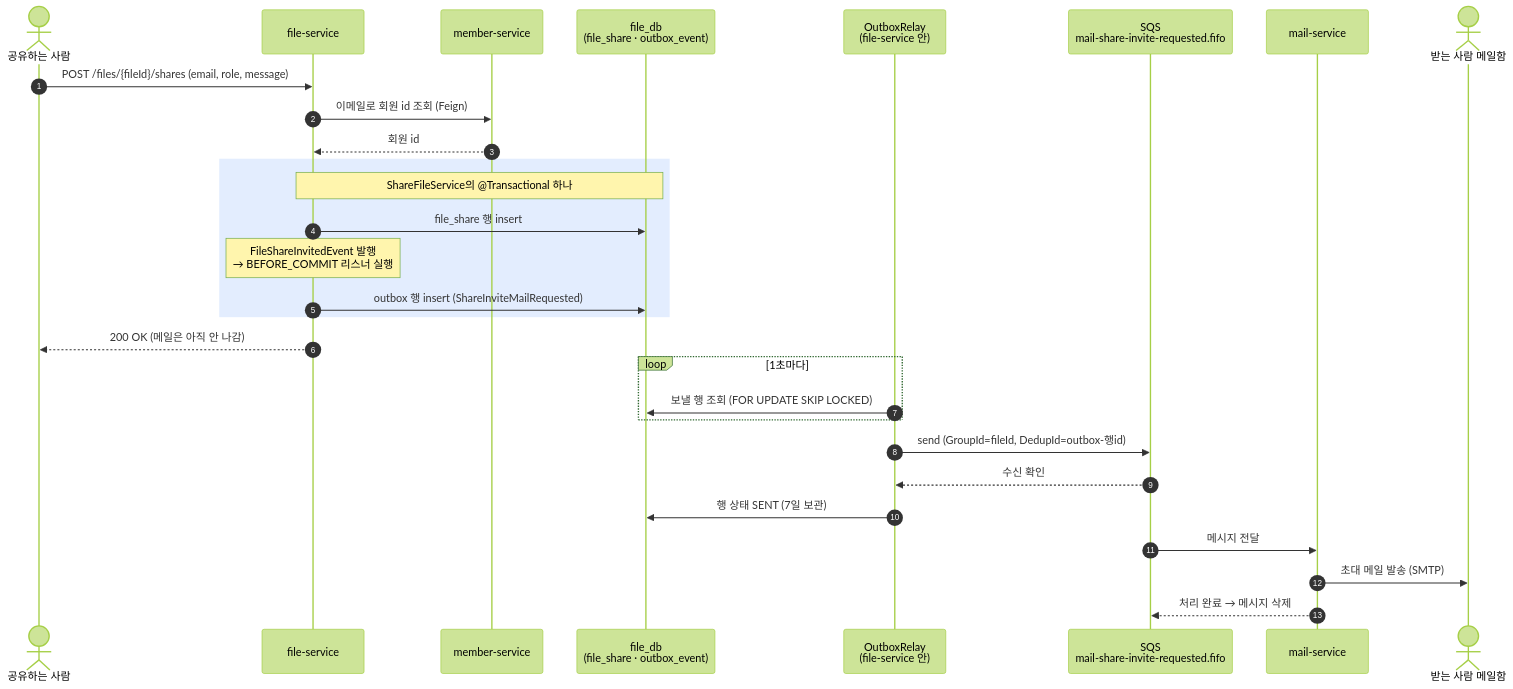
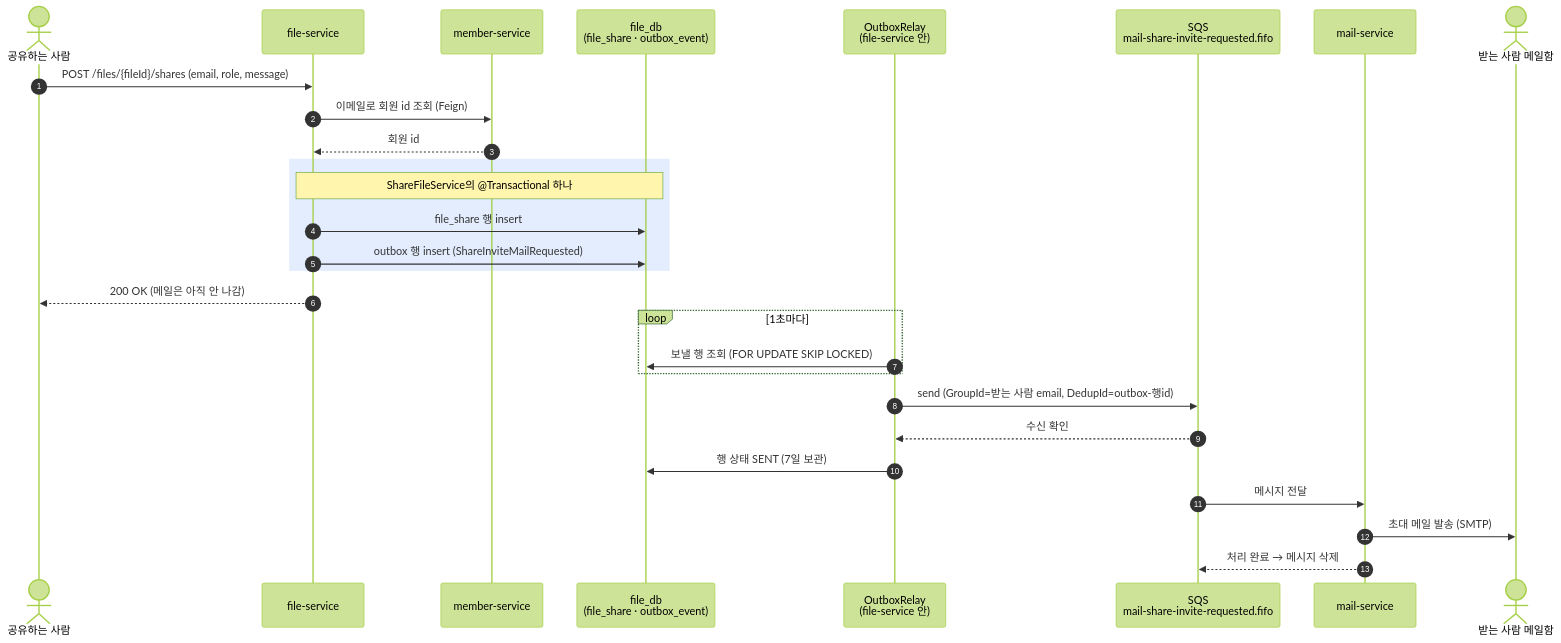
The second of 4 diagrams in .docs/spec/messaging-spec.md (rivertw777/ModuDrive-API), drawn with Mermaid (forest theme) before and after one commit. The commit also changed other lines of this file, not shown here.

First line of the commit message:
docs: settle the publisher's send-failure policy

````diff
--- a/.docs/spec/messaging-spec.md
+++ b/.docs/spec/messaging-spec.md
@@ -46,34 +47,33 @@
 ```mermaid
 sequenceDiagram
     autonumber
     actor O as 공유하는 사람
     participant F as file-service
     participant M as member-service
     participant DB as file_db<br/>(file_share · outbox_event)
     participant RL as OutboxRelay<br/>(file-service 안)
     participant Q as SQS<br/>mail-share-invite-requested.fifo
     participant ML as mail-service
     actor R as 받는 사람 메일함
 
     O->>F: POST /files/{fileId}/shares (email, role, message)
     F->>M: 이메일로 회원 id 조회 (Feign)
     M-->>F: 회원 id
     rect rgba(66, 133, 244, 0.15)
     note over F,DB: ShareFileService의 @Transactional 하나
     F->>DB: file_share 행 insert
-    note over F: FileShareInvitedEvent 발행<br/>→ BEFORE_COMMIT 리스너 실행
     F->>DB: outbox 행 insert (ShareInviteMailRequested)
     end
     F-->>O: 200 OK (메일은 아직 안 나감)
 
     loop 1초마다
         RL->>DB: 보낼 행 조회 (FOR UPDATE SKIP LOCKED)
     end
-    RL->>Q: send (GroupId=fileId, DedupId=outbox-행id)
+    RL->>Q: send (GroupId=받는 사람 email, DedupId=outbox-행id)
     Q-->>RL: 수신 확인
     RL->>DB: 행 상태 SENT (7일 보관)
 
     Q->>ML: 메시지 전달
     ML->>R: 초대 메일 발송 (SMTP)
     ML-->>Q: 처리 완료 → 메시지 삭제
 ```
````
